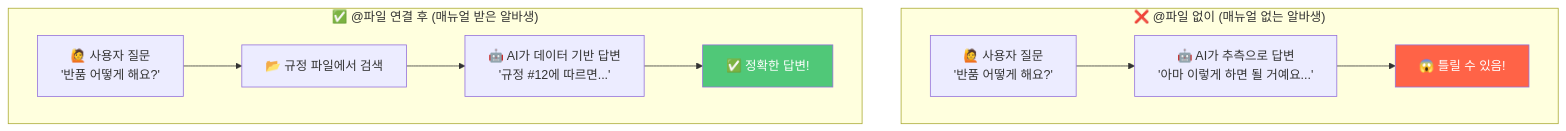
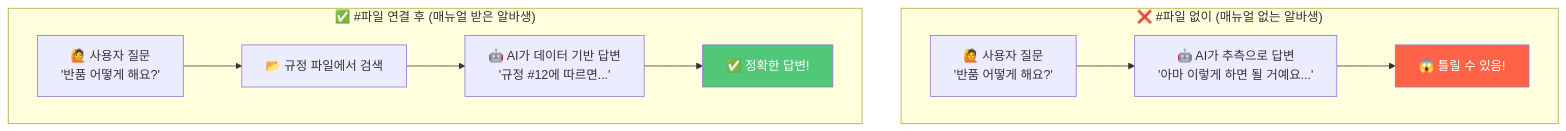
One commit to rornfdlek/kiro-workshop-gs25-52g changed the first of 3 diagrams in module2-vibe-coding/file-context.md. Above: the diagram before and after it, drawn with Mermaid. The commit also changed other lines of this file and 11 other files, not shown here.

````diff
--- a/module2-vibe-coding/file-context.md
+++ b/module2-vibe-coding/file-context.md
@@ -33,16 +33,16 @@
 ```mermaid
 graph TD
-    subgraph "❌ @파일 없이 (매뉴얼 없는 알바생)"
+    subgraph "❌ #파일 없이 (매뉴얼 없는 알바생)"
         A1["🙋 사용자 질문<br/>'반품 어떻게 해요?'"] --> B1["🤖 AI가 추측으로 답변<br/>'아마 이렇게 하면 될 거예요...'"]
         B1 --> C1["😱 틀릴 수 있음!"]
     end
 
-    subgraph "✅ @파일 연결 후 (매뉴얼 받은 알바생)"
+    subgraph "✅ #파일 연결 후 (매뉴얼 받은 알바생)"
         A2["🙋 사용자 질문<br/>'반품 어떻게 해요?'"] --> B2["📂 규정 파일에서 검색"]
         B2 --> C2["🤖 AI가 데이터 기반 답변<br/>'규정 #12에 따르면...'"]
         C2 --> D2["✅ 정확한 답변!"]
     end
 
     style C1 fill:#FF6347,color:#fff
     style D2 fill:#50C878,color:#fff
 ```
````
